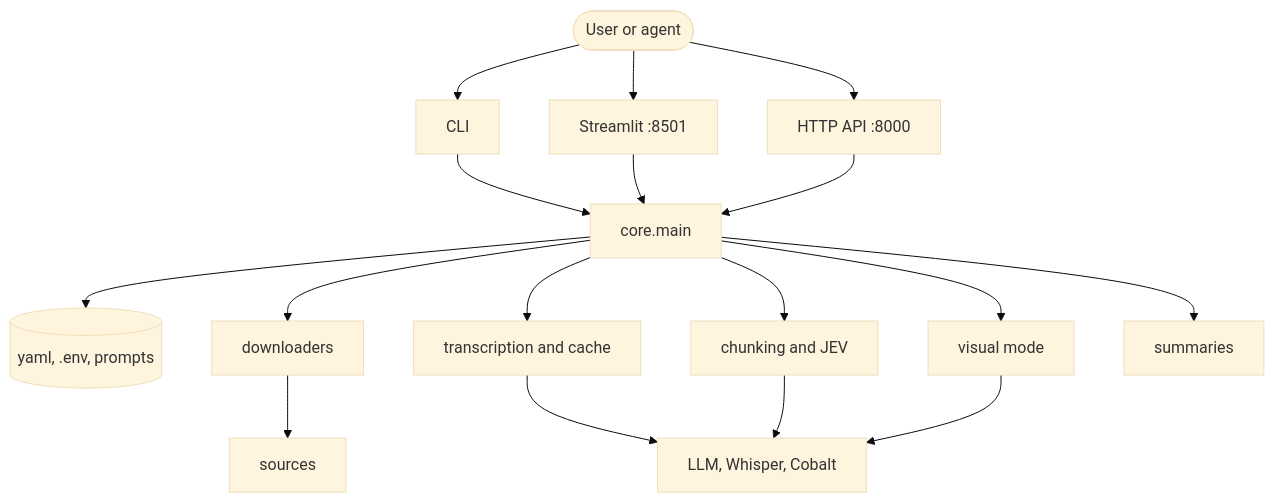
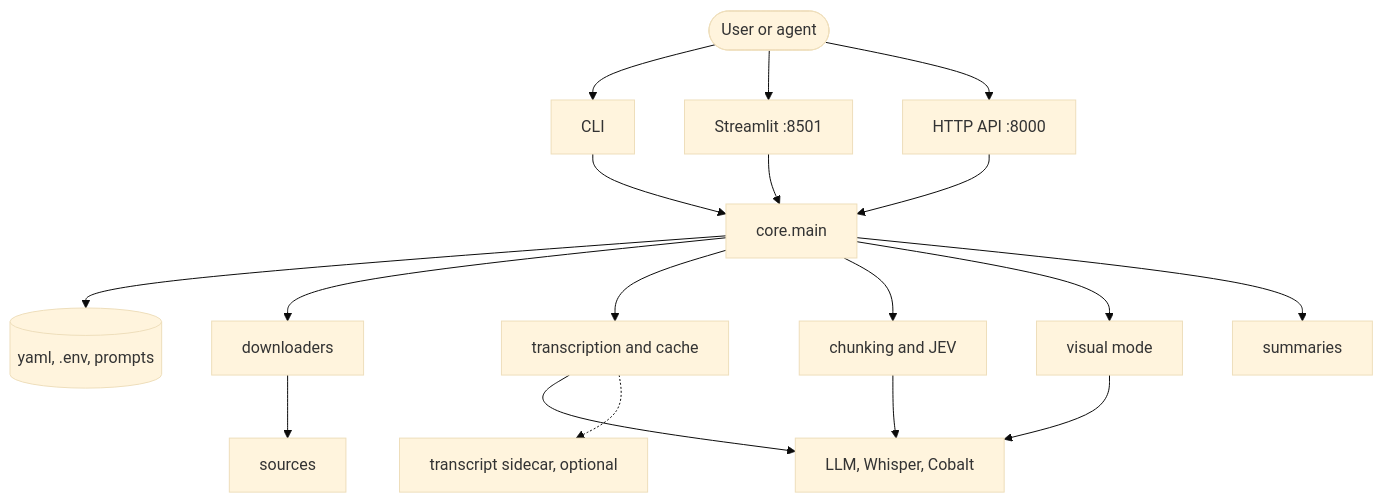
Before and after one commit to martinopiaggi/summarize: the first of 3 diagrams in fern/docs/pages/how-it-works.mdx, drawn with Mermaid (base theme). The commit also changed other lines of this file and 10 other files, not shown here.

First line of the commit message:
Document the transcript sidecar and the restyled webapp

````diff
--- a/fern/docs/pages/how-it-works.mdx
+++ b/fern/docs/pages/how-it-works.mdx
@@ -7,11 +7,12 @@
 ```mermaid
 flowchart TD
   user([User or agent]) --> cli[CLI] & ui[Streamlit :8501] & api[HTTP API :8000]
   cli & ui & api --> core[core.main]
   core --> cfg[(yaml, .env, prompts)]
   core --> dl[downloaders] --> src[sources]
   core --> tr[transcription and cache] --> prov[LLM, Whisper, Cobalt]
+  tr -.-> side[transcript sidecar, optional]
   core --> jev[chunking and JEV] --> prov
   core --> vis[visual mode] --> prov
   core --> out[summaries]
 ```
````
